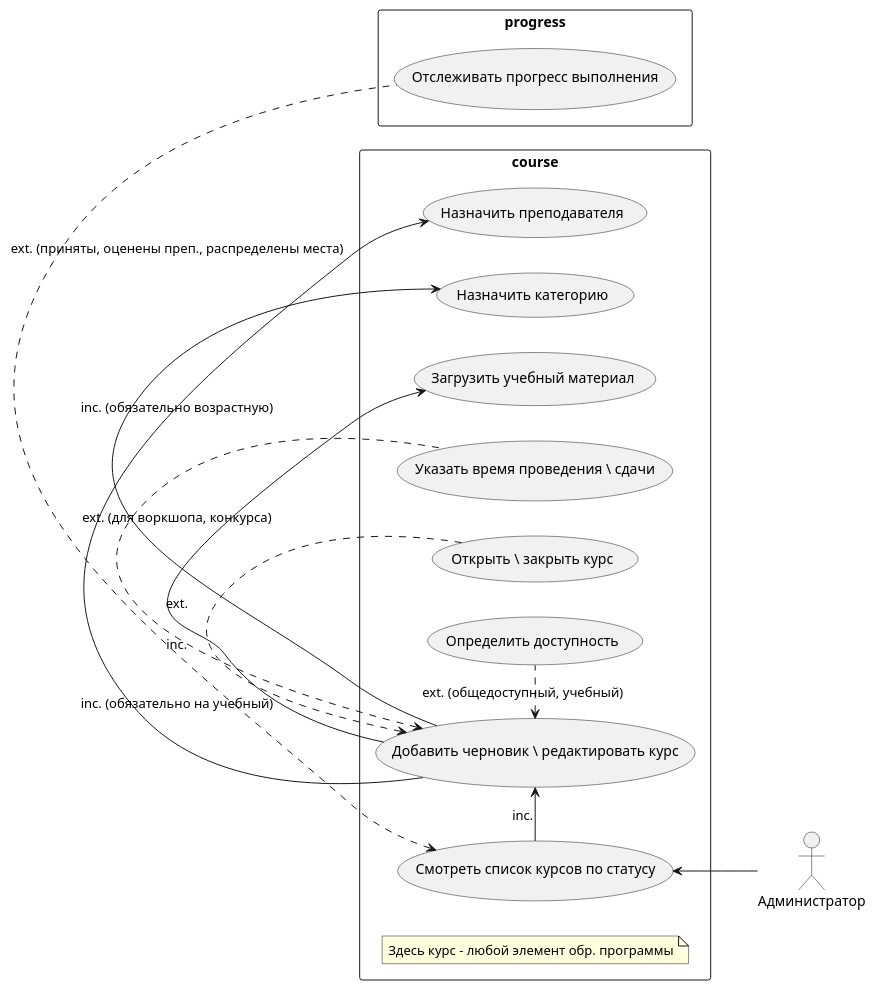
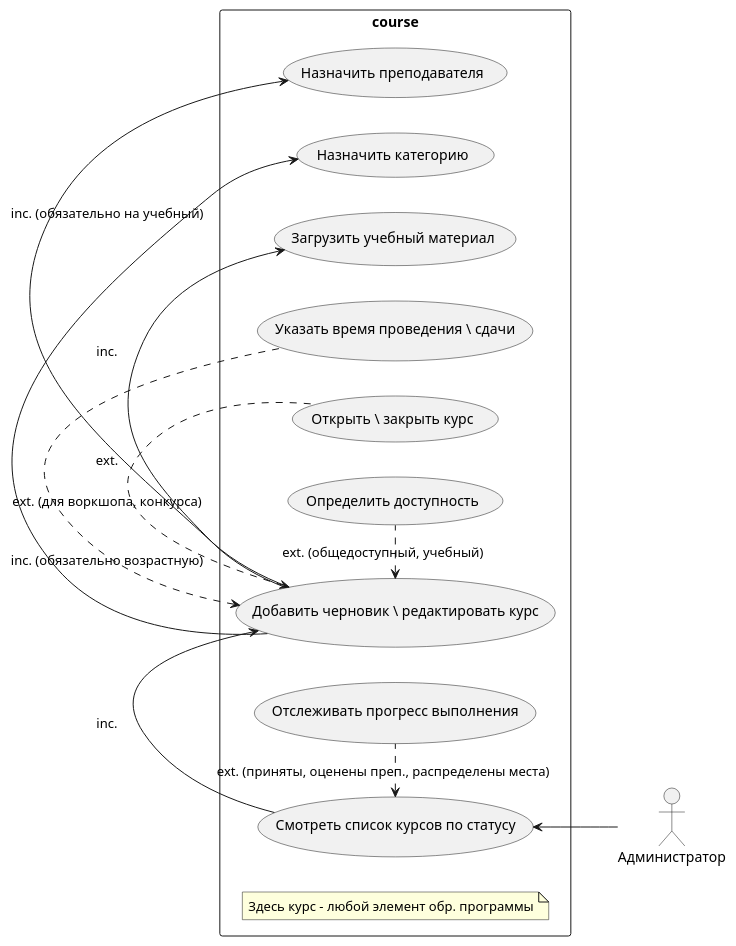
Before and after one commit to karpoftea/mts-kata-2023: the fifth of 7 diagrams in docs/requirements/requirements.md, drawn with PlantUML. The commit also changed 2 other files, not shown here.

Commit message:
Добавил скрины UC 4-5

````diff
--- a/docs/requirements/requirements.md
+++ b/docs/requirements/requirements.md
@@ -242,35 +242,32 @@
 ```plantuml
 @startuml
 
 left to right direction
 
 actor "Администратор" as admin
 
 rectangle course {
   usecase "Смотреть список курсов по статусу" as UC71
   usecase "Назначить преподавателя" as UC61
   usecase "Назначить категорию" as UC62
   usecase "Добавить черновик \ редактировать курс" as UC63
   usecase "Загрузить учебный материал" as UC64
   usecase "Указать время проведения \ сдачи" as UC65
   usecase "Открыть \ закрыть курс" as UC66
   usecase "Определить доступность" as UC67
   note "Здесь курс - любой элемент обр. программы" as N61
-}
-
-rectangle progress {
   usecase "Отслеживать прогресс выполнения" as UC72
 }
 
 UC63 -> UC61 : inc. (обязательно на учебный)
 UC63 -> UC62 : inc. (обязательно возрастную)
 UC63 -> UC64 : inc.
 UC63 <. UC65 : ext. (для воркшопа, конкурса)
 UC63 <. UC66 : ext.
 UC63 <. UC67 : ext. (общедоступный, учебный)
 admin -up-> UC71
 UC71 -> UC63 : inc.
 UC71 <. UC72 : ext. (приняты, оценены преп., распределены места)
 
 @enduml
 ```
````
